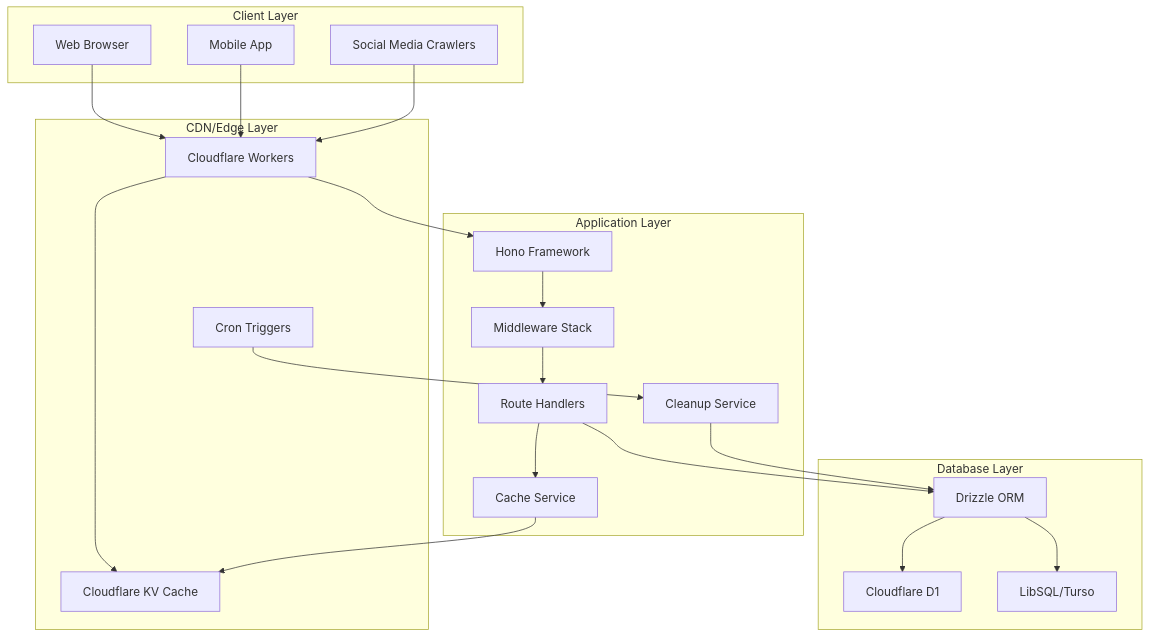
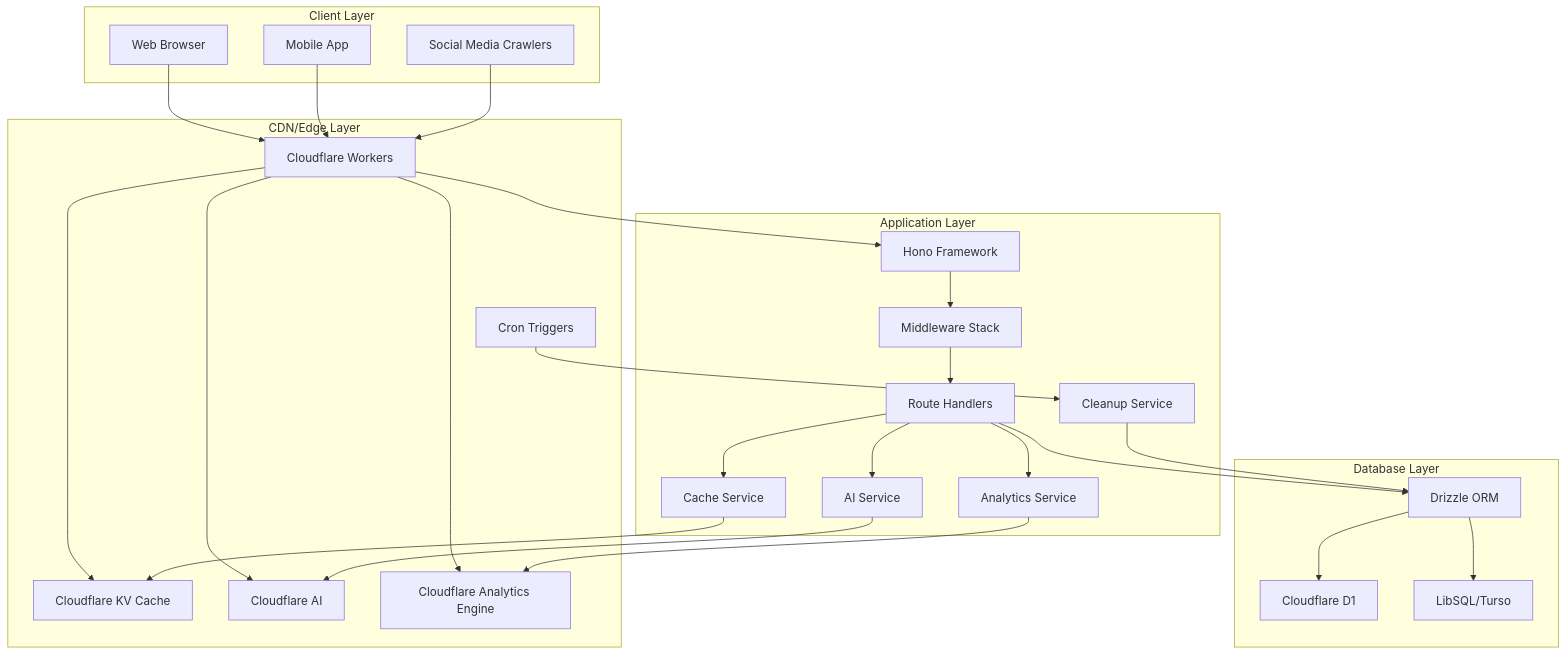
The diagram in README.md (WuChenDi/shortener), drawn with Mermaid before and after one commit. The commit also changed other lines of this file and 2 other files, not shown here.

First line of the commit message:
feat(shortener): integrate AI and analytics with Cloudflare services

````diff
--- a/README.md
+++ b/README.md
@@ -39,39 +43,49 @@
 ```mermaid
 graph TB
     subgraph Client Layer
         A[Web Browser]
         B[Mobile App]
         C[Social Media Crawlers]
     end
     subgraph CDN/Edge Layer
         D[Cloudflare Workers]
         E[Cloudflare KV Cache]
         F[Cron Triggers]
+        G[Cloudflare AI]
+        H[Cloudflare Analytics Engine]
     end
     subgraph Application Layer
-        G[Hono Framework]
-        H[Middleware Stack]
-        I[Route Handlers]
-        J[Cache Service]
-        K[Cleanup Service]
+        I[Hono Framework]
+        J[Middleware Stack]
+        K[Route Handlers]
+        L[Cache Service]
+        M[Cleanup Service]
+        N[AI Service]
+        O[Analytics Service]
     end
     subgraph Database Layer
-        L[Drizzle ORM]
-        M[Cloudflare D1]
-        N[LibSQL/Turso]
+        P[Drizzle ORM]
+        Q[Cloudflare D1]
+        R[LibSQL/Turso]
     end
     A --> D
     B --> D
     C --> D
     D --> E
     D --> G
-    F --> K
-    G --> H
-    H --> I
+    D --> H
+    D --> I
+    F --> M
     I --> J
-    J --> E
-    I --> L
+    J --> K
     K --> L
-    L --> M
-    L --> N
+    K --> N
+    K --> O
+    L --> E
+    N --> G
+    O --> H
+    K --> P
+    M --> P
+    P --> Q
+    P --> R
 ```
````
